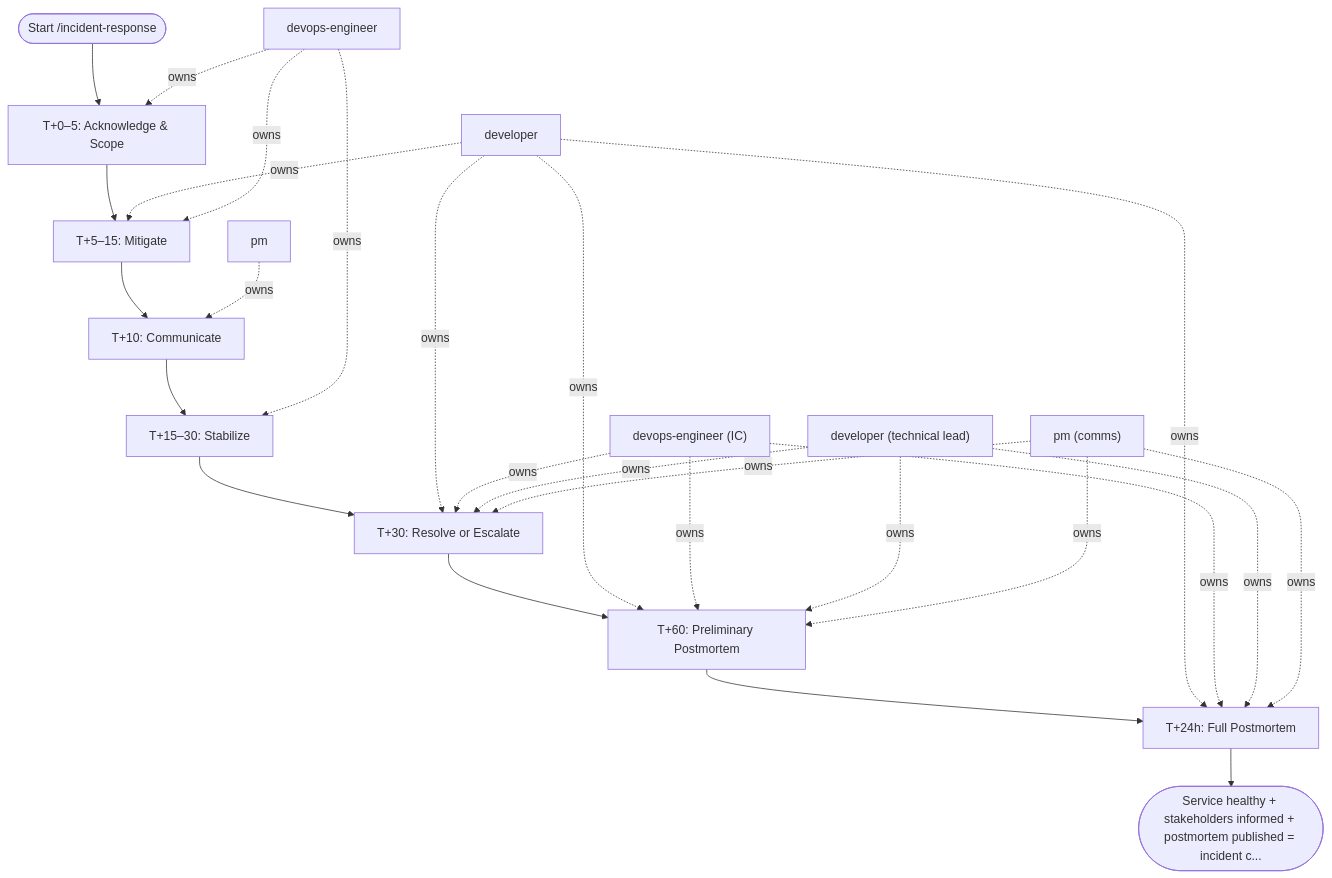
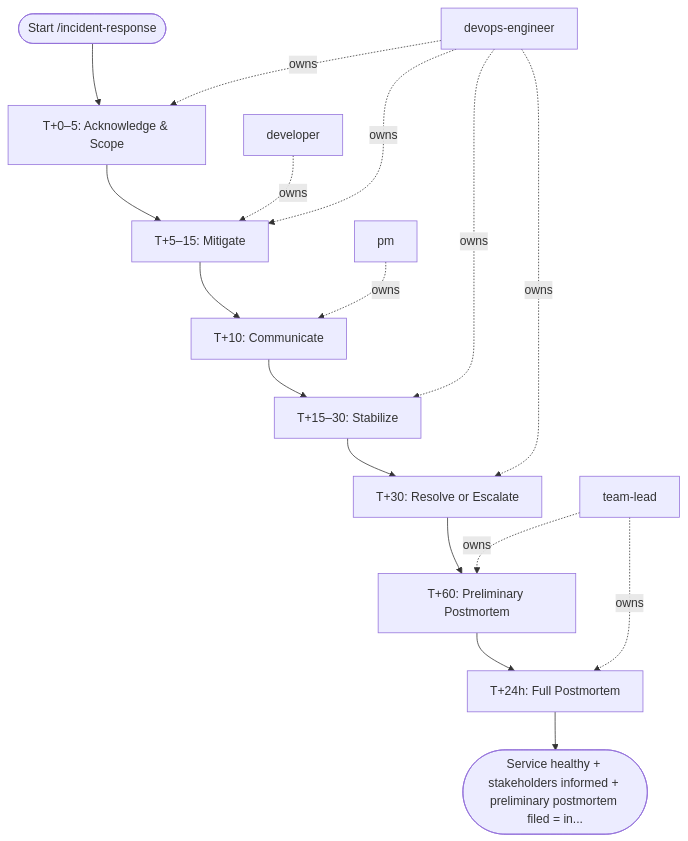
The diagram in areas/devops/sre/workflows/incident-response.md (sawrus/agent-guides), drawn with Mermaid before and after one commit. The commit also changed other lines of this file and 88 other files, not shown here.

````diff
--- a/areas/devops/sre/workflows/incident-response.md
+++ b/areas/devops/sre/workflows/incident-response.md
@@ -68,43 +83,32 @@
 ```mermaid
 flowchart TD
   start(["Start /incident-response"])
   role_1["devops-engineer"]
   role_2["developer"]
   role_3["pm"]
-  role_4["devops-engineer (IC)"]
-  role_5["developer (technical lead)"]
-  role_6["pm (comms)"]
+  role_4["team-lead"]
   step_1["T+0–5: Acknowledge & Scope"]
   step_2["T+5–15: Mitigate"]
   step_3["T+10: Communicate"]
   step_4["T+15–30: Stabilize"]
   step_5["T+30: Resolve or Escalate"]
   step_6["T+60: Preliminary Postmortem"]
   step_7["T+24h: Full Postmortem"]
-  exit(["Service healthy + stakeholders informed + postmortem published = incident c..."])
+  exit(["Service healthy + stakeholders informed + preliminary postmortem filed = in..."])
   start --> step_1
   step_1 --> step_2
   step_2 --> step_3
   step_3 --> step_4
   step_4 --> step_5
   step_5 --> step_6
   step_6 --> step_7
   step_7 --> exit
   role_1 -. owns .-> step_1
   role_2 -. owns .-> step_2
   role_1 -. owns .-> step_2
   role_3 -. owns .-> step_3
   role_1 -. owns .-> step_4
-  role_2 -. owns .-> step_5
-  role_4 -. owns .-> step_5
-  role_5 -. owns .-> step_5
-  role_6 -. owns .-> step_5
-  role_2 -. owns .-> step_6
+  role_1 -. owns .-> step_5
   role_4 -. owns .-> step_6
-  role_5 -. owns .-> step_6
-  role_6 -. owns .-> step_6
-  role_2 -. owns .-> step_7
   role_4 -. owns .-> step_7
-  role_5 -. owns .-> step_7
-  role_6 -. owns .-> step_7
 ```
````
